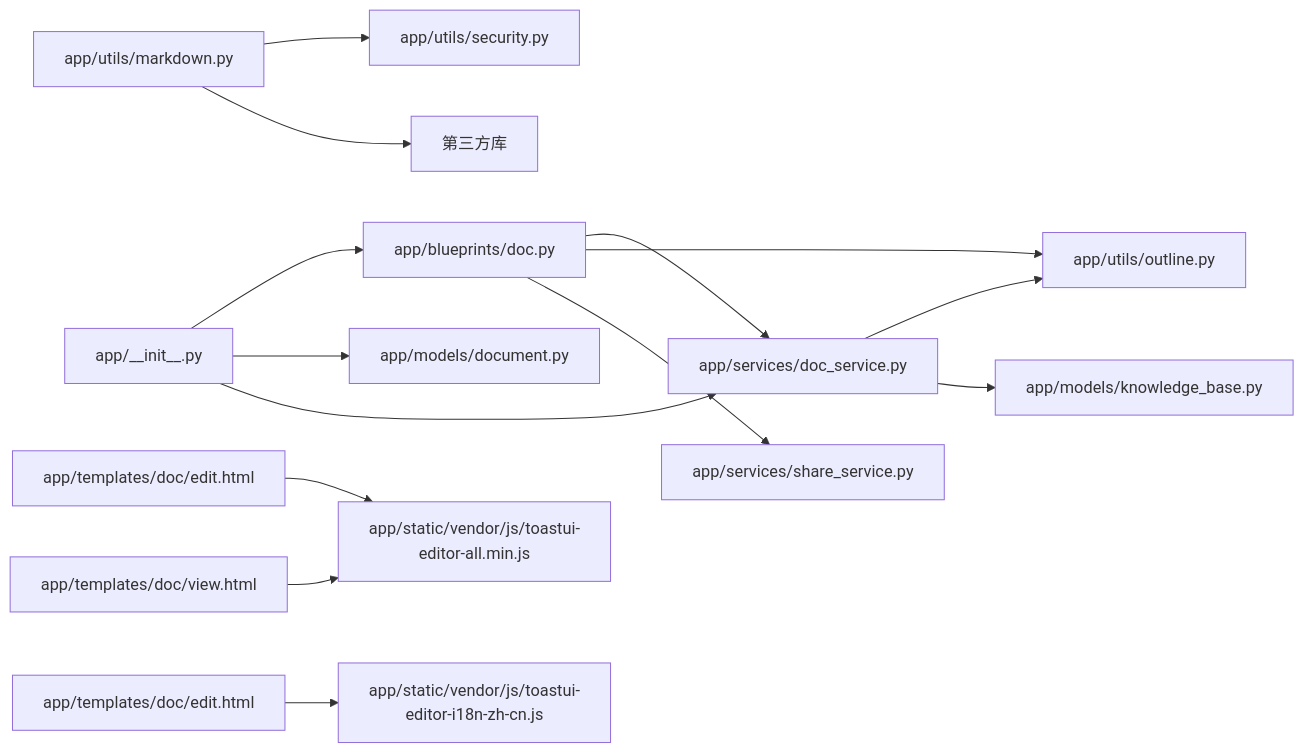
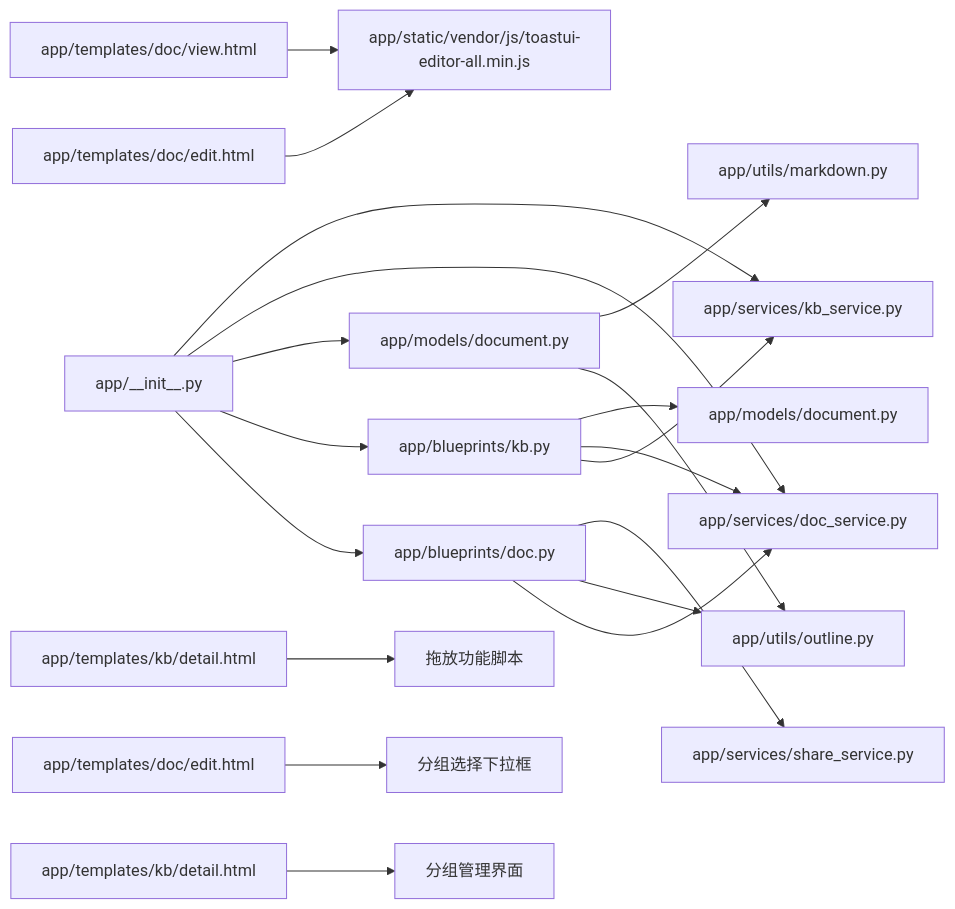
Before and after one commit to beyondalbert/my_wiki: diagram 17 of 18 in .qoder/repowiki/zh/content/架构设计/蓝图系统设计/文档蓝图 (Document Blueprint).md, drawn with Mermaid. The commit also changed other lines of this file and 5 other files, not shown here.

````diff
--- a/.qoder/repowiki/zh/content/架构设计/蓝图系统设计/文档蓝图 (Document Blueprint).md
+++ b/.qoder/repowiki/zh/content/架构设计/蓝图系统设计/文档蓝图 (Document Blueprint).md
@@ -632,16 +727,21 @@
 ```mermaid
 graph LR
 A[app/__init__.py] --> B[app/blueprints/doc.py]
-A --> C[app/models/document.py]
-A --> D[app/services/doc_service.py]
-B --> D
-B --> E[app/utils/outline.py]
-B --> F[app/services/share_service.py]
-D --> E
-D --> G[app/models/knowledge_base.py]
-H[app/utils/markdown.py] --> I[app/utils/security.py]
-H --> J[第三方库]
+A --> C[app/blueprints/kb.py]
+A --> D[app/models/document.py]
+A --> E[app/services/doc_service.py]
+A --> F[app/services/kb_service.py]
+B --> E
+B --> G[app/utils/outline.py]
+B --> H[app/services/share_service.py]
+C --> F
+C --> E
+C --> I[app/models/document.py]
+D --> G
+D --> J[app/utils/markdown.py]
 K[app/templates/doc/edit.html] --> L[app/static/vendor/js/toastui-editor-all.min.js]
 M[app/templates/doc/view.html] --> L
-N[app/templates/doc/edit.html] --> O[app/static/vendor/js/toastui-editor-i18n-zh-cn.js]
+N[app/templates/kb/detail.html] --> O[拖放功能脚本]
+P[app/templates/doc/edit.html] --> Q[分组选择下拉框]
+R[app/templates/kb/detail.html] --> S[分组管理界面]
 ```
````
